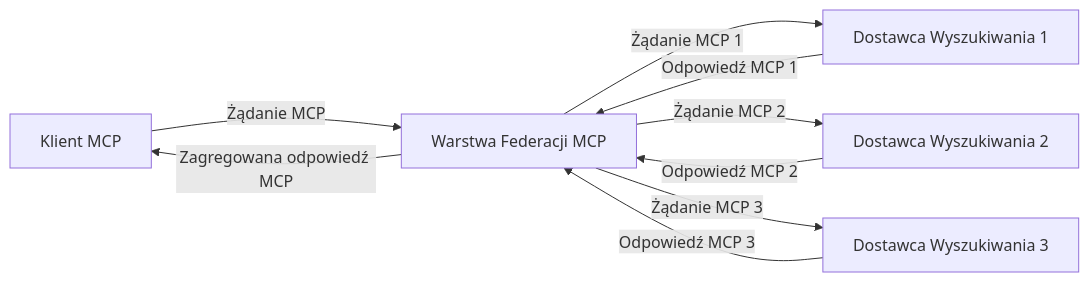
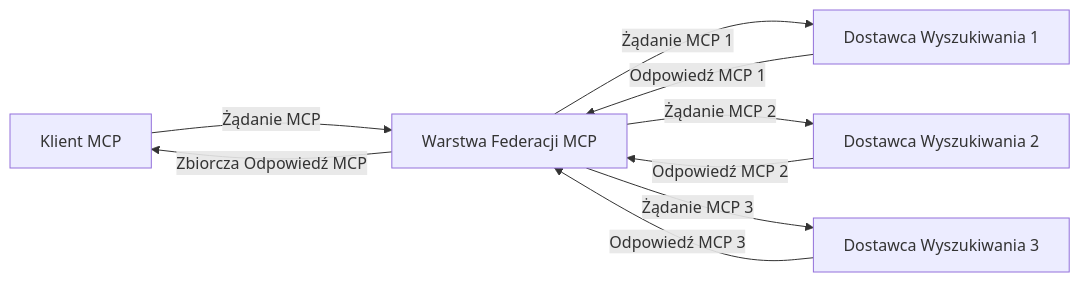
The third of 4 diagrams in translations/pl/05-AdvancedTopics/mcp-realtimesearch/README.md (microsoft/mcp-for-beginners), drawn with Mermaid before and after one commit. The commit also changed other lines of this file and 134 other files, not shown here.

````diff
--- a/translations/pl/05-AdvancedTopics/mcp-realtimesearch/README.md
+++ b/translations/pl/05-AdvancedTopics/mcp-realtimesearch/README.md
@@ -610,11 +612,11 @@
 ```mermaid
 graph LR
     Client[Klient MCP] --> |Żądanie MCP| Federation[Warstwa Federacji MCP]
     Federation --> |Żądanie MCP 1| Search1[Dostawca Wyszukiwania 1]
     Federation --> |Żądanie MCP 2| Search2[Dostawca Wyszukiwania 2]
     Federation --> |Żądanie MCP 3| Search3[Dostawca Wyszukiwania 3]
     Search1 --> |Odpowiedź MCP 1| Federation
     Search2 --> |Odpowiedź MCP 2| Federation
     Search3 --> |Odpowiedź MCP 3| Federation
-    Federation --> |Zagregowana odpowiedź MCP| Client
+    Federation --> |Zbiorcza Odpowiedź MCP| Client
 ```
````
